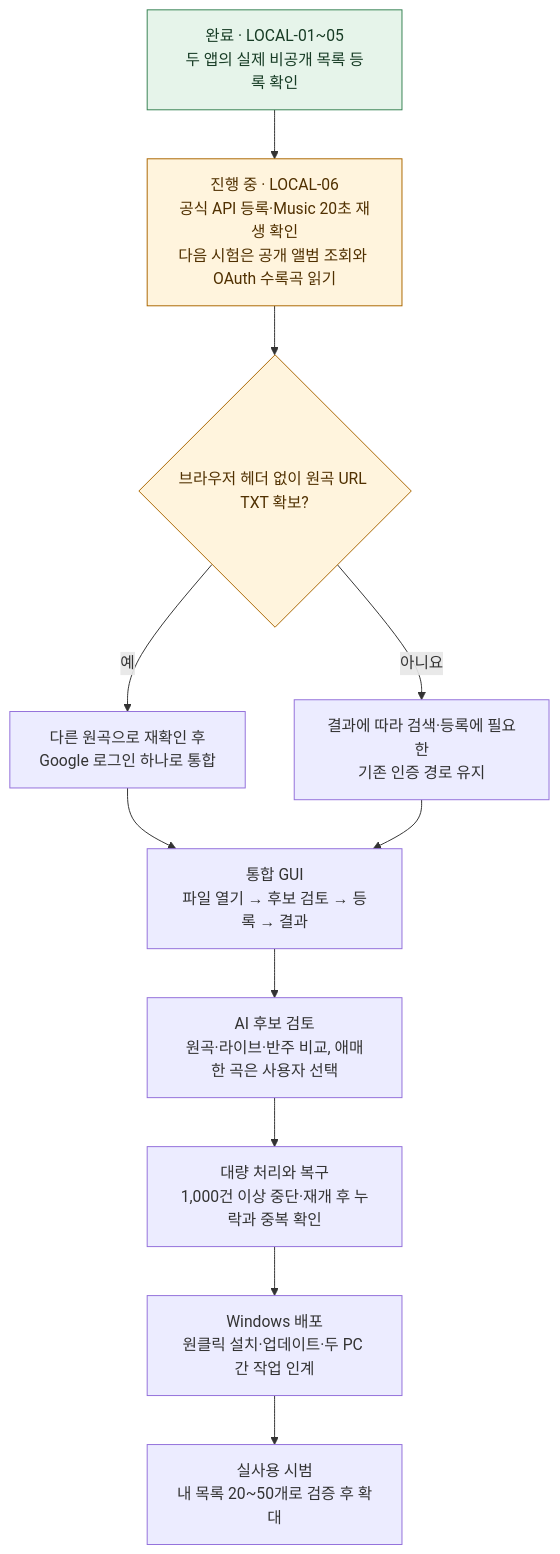
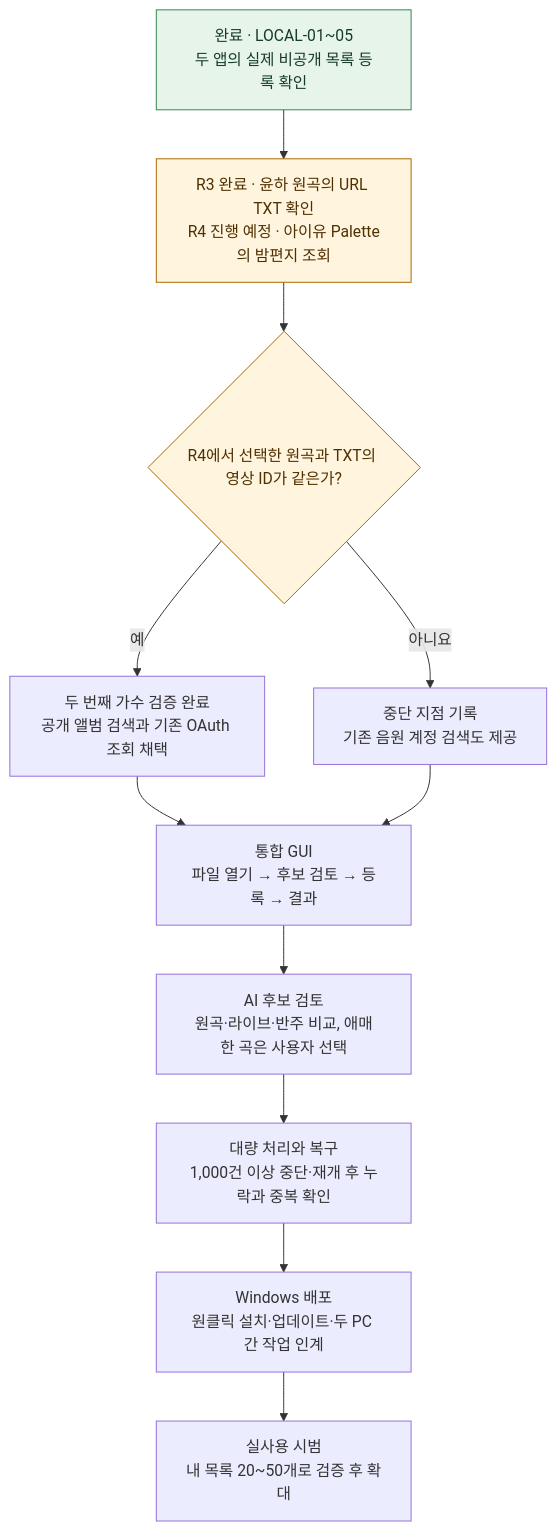
Before and after one commit to junis2002/Youtube_Playlist: the diagram in ROADMAP.md, drawn with Mermaid. The commit also changed other lines of this file and 2 other files, not shown here.

Commit message:
Record verified OAuth album export and second artist check

````diff
--- a/ROADMAP.md
+++ b/ROADMAP.md
@@ -3,25 +3,25 @@
 ```mermaid
 flowchart TB
     A["완료 · LOCAL-01~05<br/>두 앱의 실제 비공개 목록 등록 확인"]
-    B["진행 중 · LOCAL-06<br/>공식 API 등록·Music 20초 재생 확인<br/>다음 시험은 공개 앨범 조회와 OAuth 수록곡 읽기"]
-    C{"브라우저 헤더 없이 원곡 URL TXT 확보?"}
-    D["다른 원곡으로 재확인 후<br/>Google 로그인 하나로 통합"]
-    E["결과에 따라 검색·등록에 필요한<br/>기존 인증 경로 유지"]
+    B["R3 완료 · 윤하 원곡의 URL TXT 확인<br/>R4 진행 예정 · 아이유 Palette의 밤편지 조회"]
+    C{"R4에서 선택한 원곡과 TXT의 영상 ID가 같은가?"}
+    D["두 번째 가수 검증 완료<br/>공개 앨범 검색과 기존 OAuth 조회 채택"]
+    E["중단 지점 기록<br/>기존 음원 계정 검색도 제공"]
     F["통합 GUI<br/>파일 열기 → 후보 검토 → 등록 → 결과"]
     G["AI 후보 검토<br/>원곡·라이브·반주 비교, 애매한 곡은 사용자 선택"]
     H["대량 처리와 복구<br/>1,000건 이상 중단·재개 후 누락과 중복 확인"]
     I["Windows 배포<br/>원클릭 설치·업데이트·두 PC 간 작업 인계"]
     J["실사용 시범<br/>내 목록 20~50개로 검증 후 확대"]
 
     A --> B --> C
     C -->|예| D
     C -->|아니요| E
     D --> F
     E --> F
     F --> G --> H --> I --> J
 
     classDef done fill:#e6f4ea,stroke:#368253,color:#173c25
     classDef next fill:#fff4dd,stroke:#ab6700,color:#503000
     class A done
     class B,C next
 ```
````
